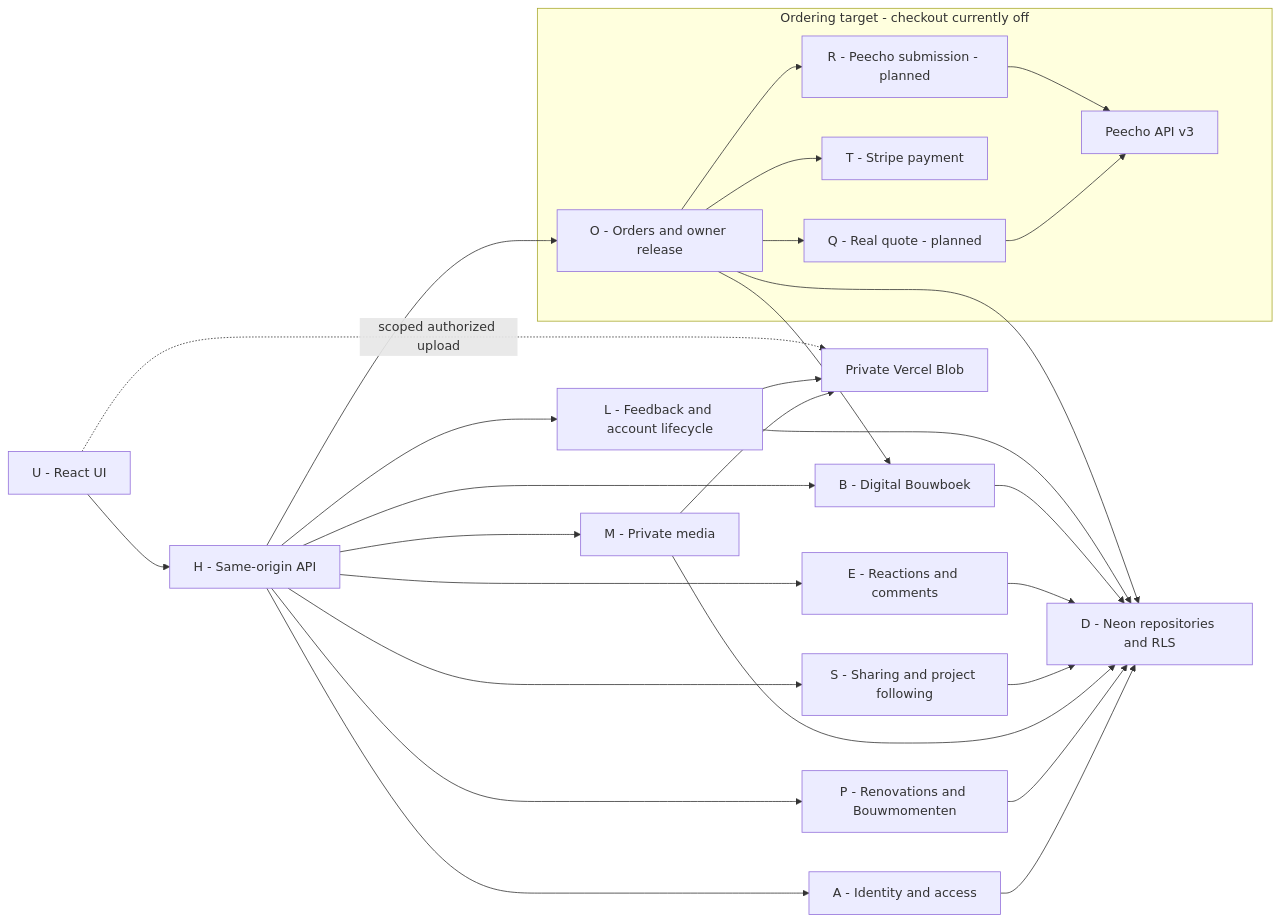
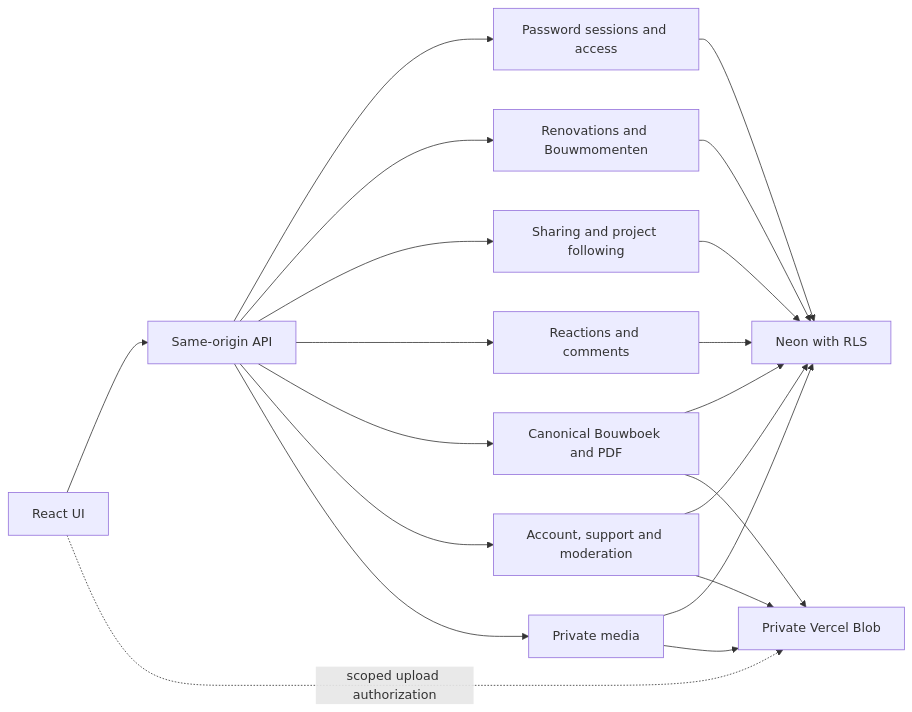
The diagram in docs/architecture/GRAPH.md (meestierolff/buildy), drawn with Mermaid before and after one commit. The commit also changed other lines of this file and 292 other files, not shown here.

Commit message:
Reduce Buildy to its core renovation story and digital book flow

````diff
--- a/docs/architecture/GRAPH.md
+++ b/docs/architecture/GRAPH.md
@@ -27,32 +13,22 @@
 ```mermaid
 flowchart LR
-  U["U - React UI"] --> H["H - Same-origin API"]
-  H --> A["A - Identity and access"]
-  A --> D["D - Neon repositories and RLS"]
-  H --> P["P - Renovations and Bouwmomenten"]
-  H --> M["M - Private media"]
-  H --> S["S - Sharing and project following"]
-  H --> E["E - Reactions and comments"]
-  H --> B["B - Digital Bouwboek"]
-  H --> L["L - Feedback and account lifecycle"]
+  U[React UI] --> H[Same-origin API]
+  H --> A[Password sessions and access]
+  H --> P[Renovations and Bouwmomenten]
+  H --> S[Sharing and project following]
+  H --> E[Reactions and comments]
+  H --> B[Canonical Bouwboek and PDF]
+  H --> L[Account, support and moderation]
+  H --> M[Private media]
+  A --> D[Neon with RLS]
   P --> D
-  M --> D
   S --> D
   E --> D
   B --> D
   L --> D
-  M --> V["Private Vercel Blob"]
+  M --> D
+  M --> V[Private Vercel Blob]
+  B --> V
   L --> V
-  U -. "scoped authorized upload" .-> V
-  subgraph Gated["Ordering target - checkout currently off"]
-    O["O - Orders and owner release"]
-    O --> Q["Q - Real quote - planned"]
-    O --> T["T - Stripe payment"]
-    O --> R["R - Peecho submission - planned"]
-    Q --> PP["Peecho API v3"]
-    R --> PP
-  end
-  H --> O
-  O --> B
-  O --> D
+  U -. scoped upload authorization .-> V
 ```
````
